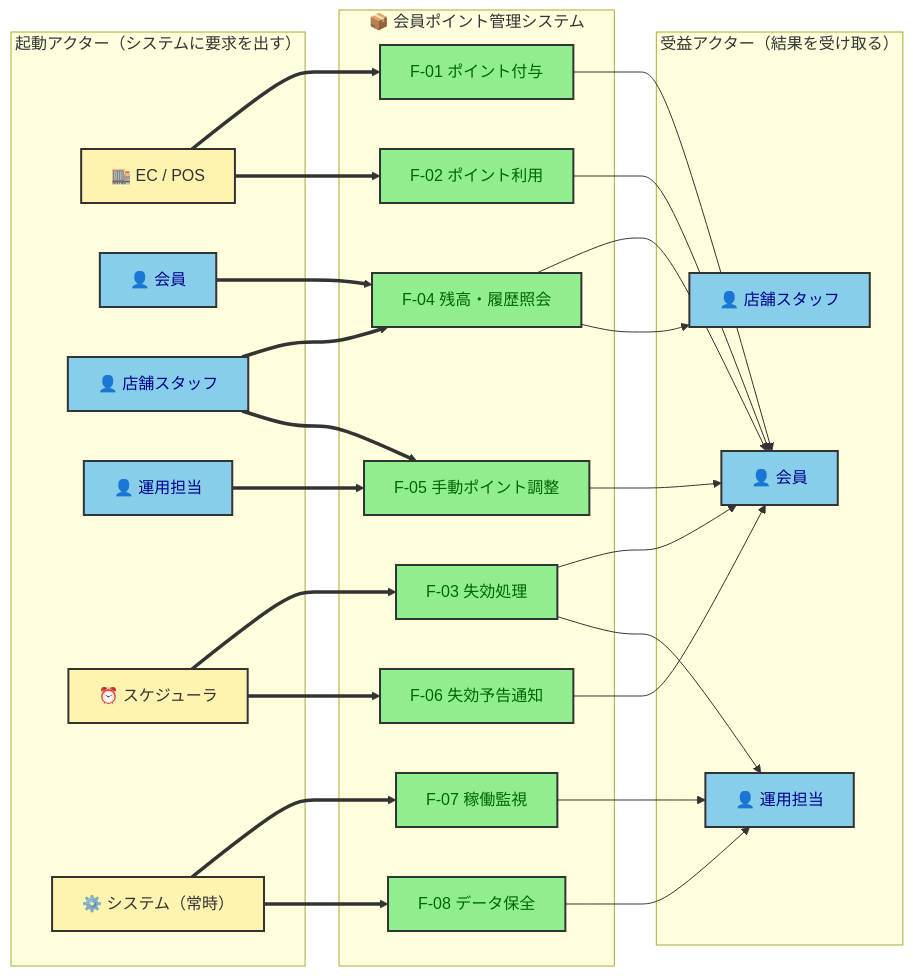
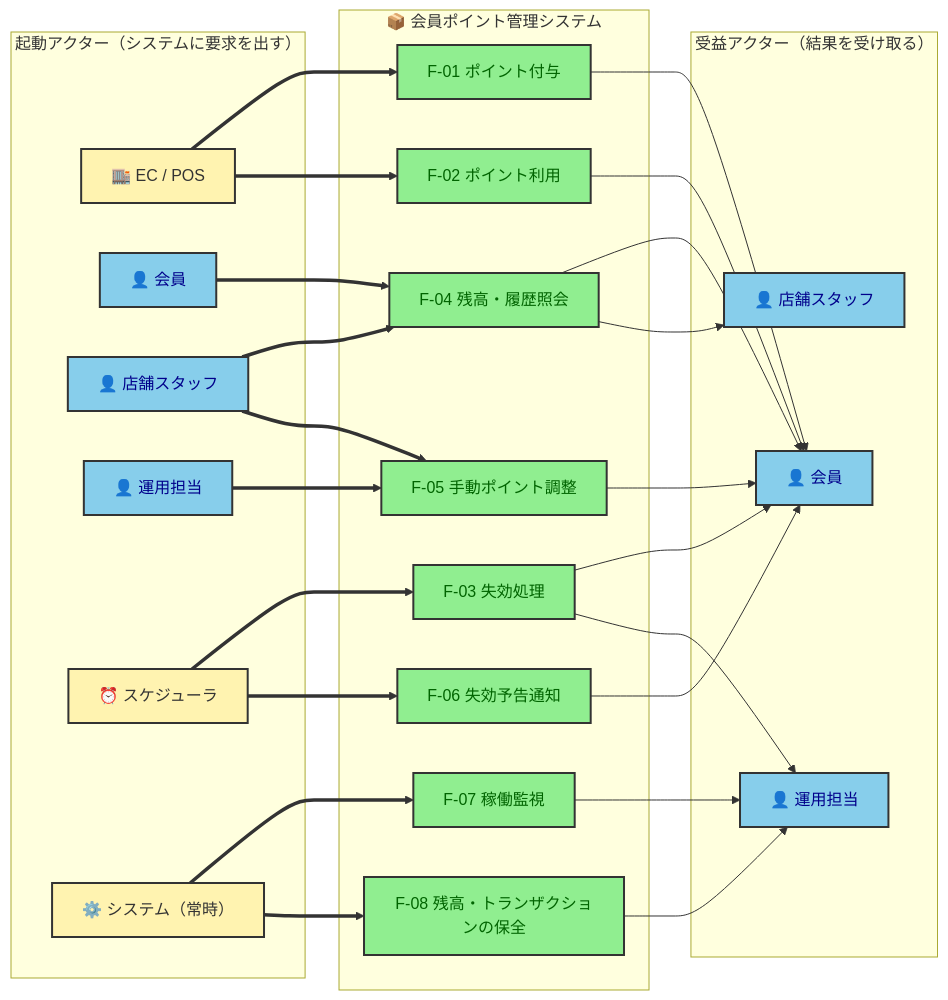
Before and after one commit to kasiopeiya/claude-dev-template: the seventh of 13 diagrams in samples/docs/requirements.md, drawn with Mermaid. The commit also changed other lines of this file, not shown here.

````diff
--- a/samples/docs/requirements.md
+++ b/samples/docs/requirements.md
@@ -730,57 +730,57 @@
 ```mermaid
 flowchart LR
     subgraph TRIGGER["起動アクター（システムに要求を出す）"]
         t_ecpos["🏬 EC / POS"]
         t_member["👤 会員"]
         t_staff["👤 店舗スタッフ"]
         t_ops["👤 運用担当"]
         t_sched["⏰ スケジューラ"]
         t_auto["⚙️ システム（常時）"]
     end
 
     subgraph SYS["📦 会員ポイント管理システム"]
         f1["F-01 ポイント付与"]
         f2["F-02 ポイント利用"]
         f4["F-04 残高・履歴照会"]
         f5["F-05 手動ポイント調整"]
         f3["F-03 失効処理"]
         f6["F-06 失効予告通知"]
         f7["F-07 稼働監視"]
-        f8["F-08 データ保全"]
+        f8["F-08 残高・トランザクションの保全"]
     end
 
     subgraph BENEFIT["受益アクター（結果を受け取る）"]
         b_member["👤 会員"]
         b_staff["👤 店舗スタッフ"]
         b_ops["👤 運用担当"]
     end
 
     t_ecpos ==> f1
     t_ecpos ==> f2
     t_member ==> f4
     t_staff ==> f4
     t_staff ==> f5
     t_ops ==> f5
     t_sched ==> f3
     t_sched ==> f6
     t_auto ==> f7
     t_auto ==> f8
 
     f1 --> b_member
     f2 --> b_member
     f4 --> b_member
     f4 --> b_staff
     f5 --> b_member
     f3 --> b_member
     f3 --> b_ops
     f6 --> b_member
     f7 --> b_ops
     f8 --> b_ops
 
     classDef human fill:#87CEEB,stroke:#333,stroke-width:2px,color:darkblue
     classDef ext fill:#FFF3B0,stroke:#333,stroke-width:2px,color:#333
     classDef func fill:#90EE90,stroke:#333,stroke-width:2px,color:darkgreen
     class t_member,t_staff,t_ops,b_member,b_staff,b_ops human
     class t_ecpos,t_sched,t_auto ext
     class f1,f2,f3,f4,f5,f6,f7,f8 func
 ```
````
